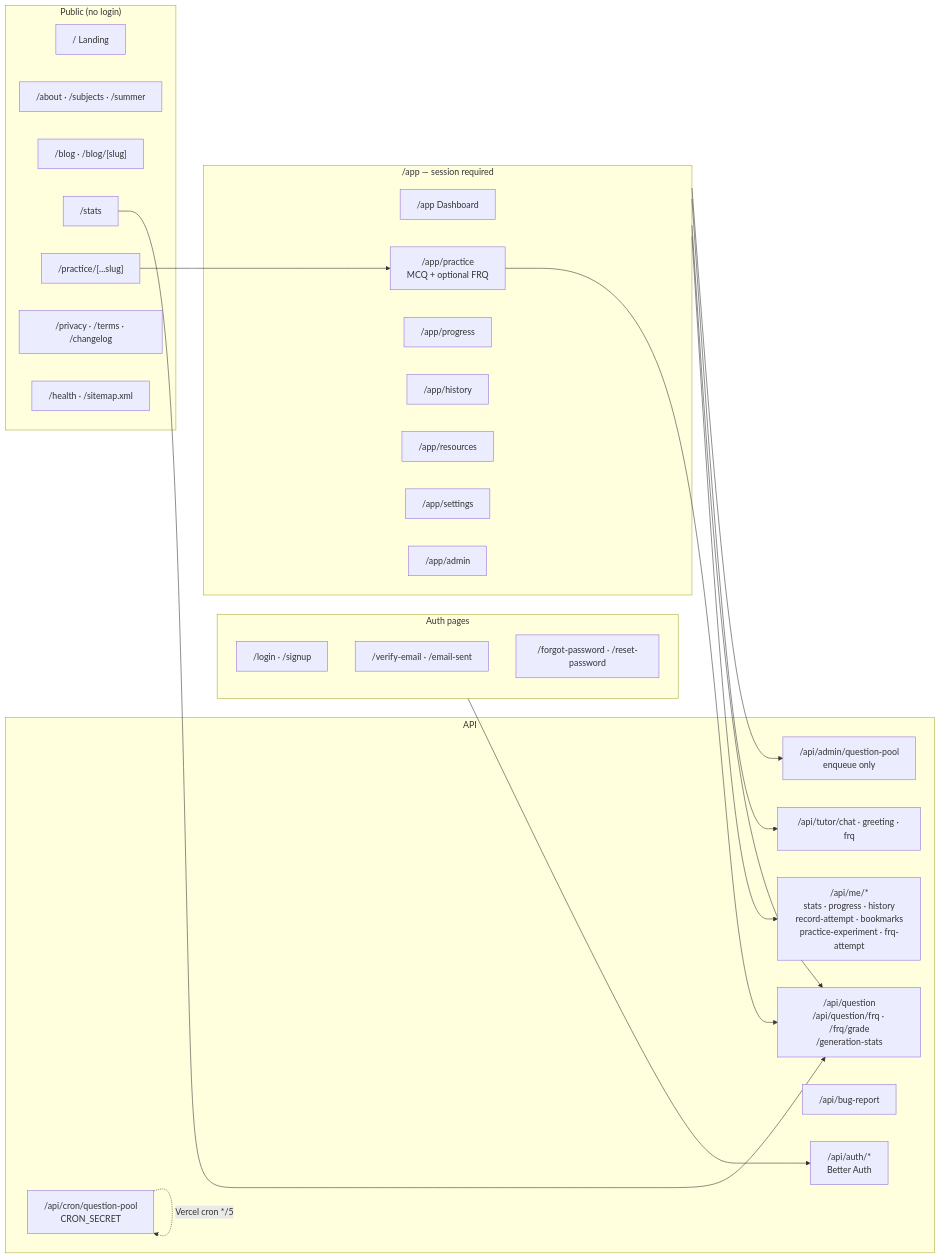
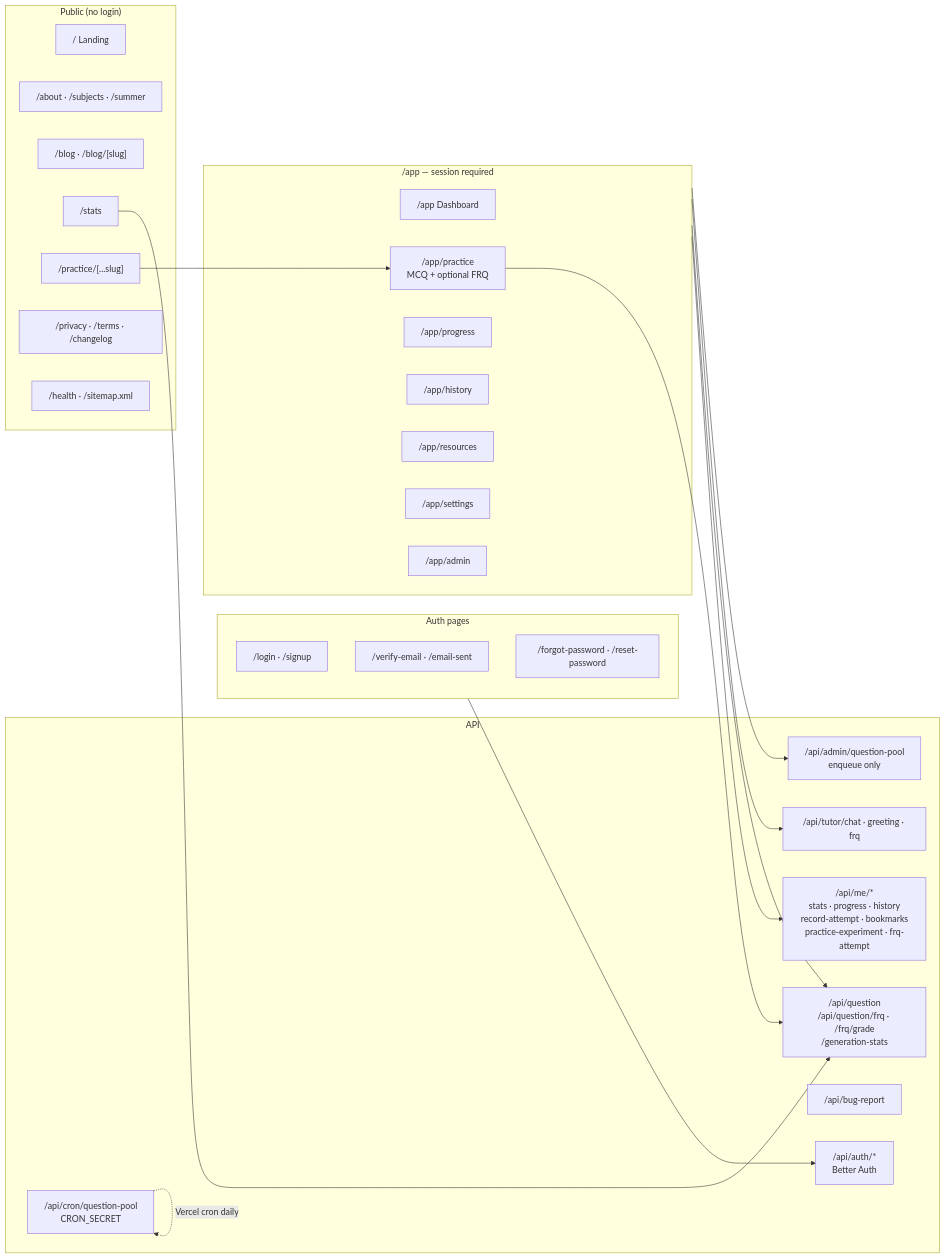
One commit to 5cisummai/freeappractice changed the third of 7 diagrams in docs/architecture.md. Above: the diagram before and after it, drawn with Mermaid. The commit also changed 2 other files, not shown here.

Commit message:
Run pool refill on a deployable daily cron

````diff
--- a/docs/architecture.md
+++ b/docs/architecture.md
@@ -120,48 +120,48 @@
 ```mermaid
 flowchart LR
     subgraph Public["Public (no login)"]
         P1["/ Landing"]
         P2["/about · /subjects · /summer"]
         P3["/blog · /blog/[slug]"]
         P4["/stats"]
         P5["/practice/[...slug]"]
         P6["/privacy · /terms · /changelog"]
         P7["/health · /sitemap.xml"]
     end
 
     subgraph AuthPages["Auth pages"]
         A1["/login · /signup"]
         A2["/verify-email · /email-sent"]
         A3["/forgot-password · /reset-password"]
     end
 
     subgraph App["/app — session required"]
         D["/app Dashboard"]
         PR["/app/practice<br/>MCQ + optional FRQ"]
         PG["/app/progress"]
         HI["/app/history"]
         RS["/app/resources"]
         ST["/app/settings"]
         AD["/app/admin"]
     end
 
     subgraph API["API"]
         AUTH["/api/auth/*<br/>Better Auth"]
         Q["/api/question<br/>/api/question/frq · /frq/grade<br/>/generation-stats"]
         ME["/api/me/*<br/>stats · progress · history<br/>record-attempt · bookmarks<br/>practice-experiment · frq-attempt"]
         T["/api/tutor/chat · greeting · frq"]
         BR["/api/bug-report"]
         CRON["/api/cron/question-pool<br/>CRON_SECRET"]
         ADMINQ["/api/admin/question-pool<br/>enqueue only"]
     end
 
     AuthPages --> AUTH
     App --> ME
     App --> Q
     App --> T
     App --> ADMINQ
     PR --> Q
     P4 --> Q
     P5 --> PR
-    CRON -.->|"Vercel cron */5"| CRON
+    CRON -.->|"Vercel cron daily"| CRON
 ```
````
